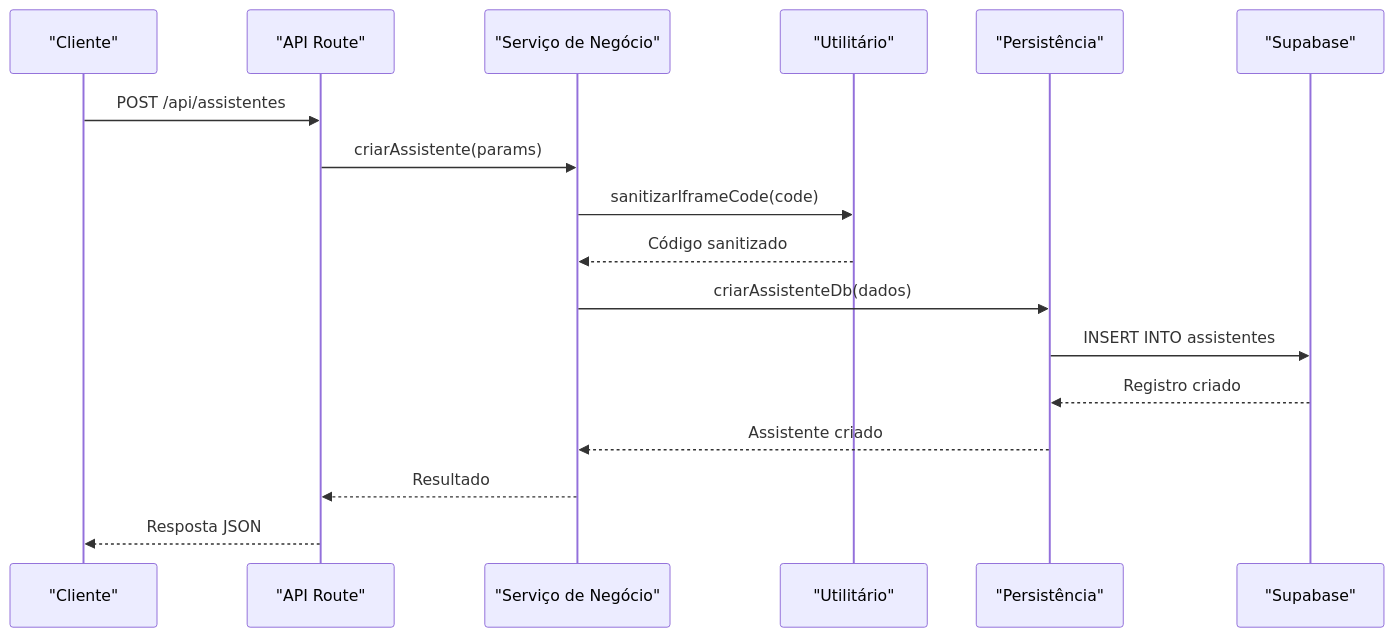
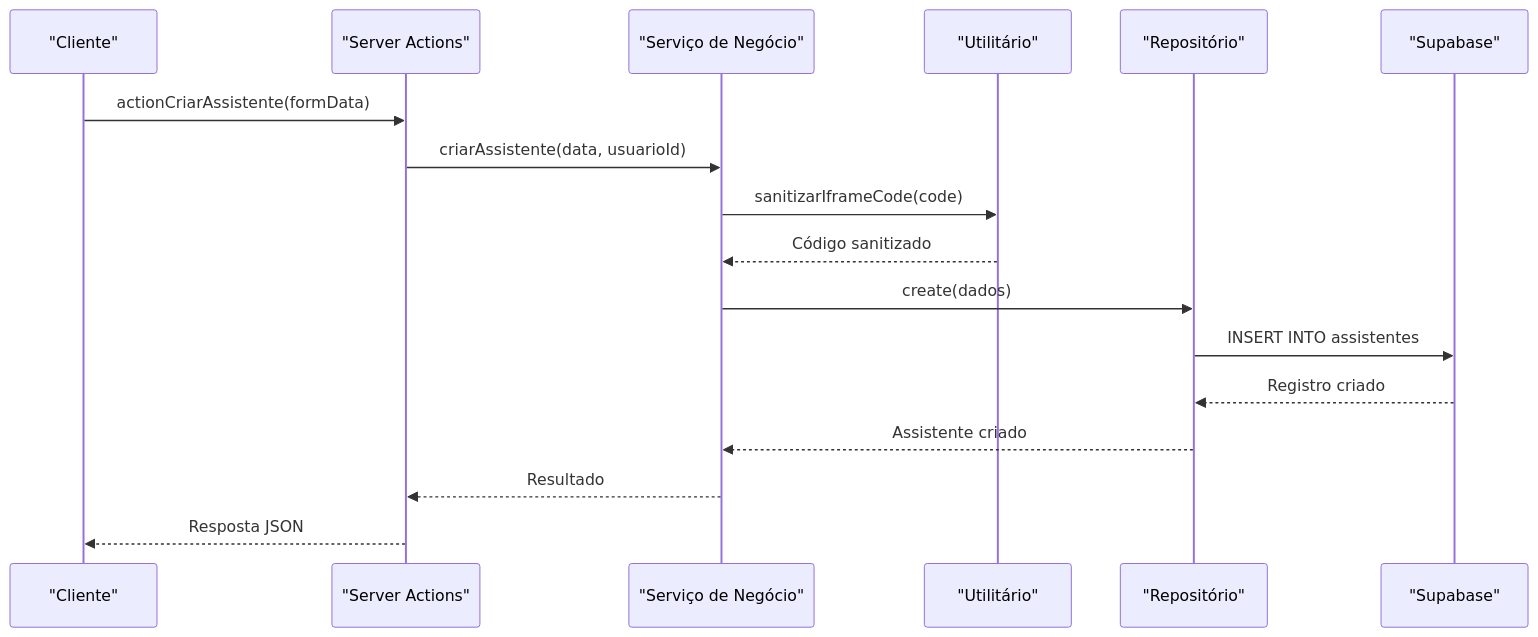
One commit to SinesysTech/zattar-os changed the fourth of 6 diagrams in .qoder/repowiki/pt/content/Módulos de Funcionalidade/Assistentes.md. Above: the diagram before and after it, drawn with Mermaid. The commit also changed other lines of this file and 14 other files, not shown here.

First line of the commit message:
feat(assistentes): atualizar arquitetura para server actions e padrão repository

````diff
--- a/.qoder/repowiki/pt/content/Módulos de Funcionalidade/Assistentes.md
+++ b/.qoder/repowiki/pt/content/Módulos de Funcionalidade/Assistentes.md
@@ -108,19 +118,19 @@
 ```mermaid
 sequenceDiagram
 participant Cliente as "Cliente"
-participant API as "API Route"
+participant Actions as "Server Actions"
 participant Serviço as "Serviço de Negócio"
 participant Utilitário as "Utilitário"
-participant Persistência as "Persistência"
+participant Repositório as "Repositório"
 participant Banco as "Supabase"
-Cliente->>API : POST /api/assistentes
-API->>Serviço : criarAssistente(params)
+Cliente->>Actions : actionCriarAssistente(formData)
+Actions->>Serviço : criarAssistente(data, usuarioId)
 Serviço->>Utilitário : sanitizarIframeCode(code)
 Utilitário-->>Serviço : Código sanitizado
-Serviço->>Persistência : criarAssistenteDb(dados)
-Persistência->>Banco : INSERT INTO assistentes
-Banco-->>Persistência : Registro criado
-Persistência-->>Serviço : Assistente criado
-Serviço-->>API : Resultado
-API-->>Cliente : Resposta JSON
+Serviço->>Repositório : create(dados)
+Repositório->>Banco : INSERT INTO assistentes
+Banco-->>Repositório : Registro criado
+Repositório-->>Serviço : Assistente criado
+Serviço-->>Actions : Resultado
+Actions-->>Cliente : Resposta JSON
 ```
````
